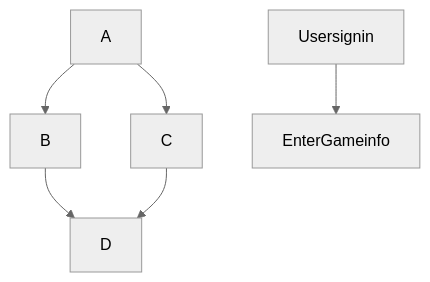
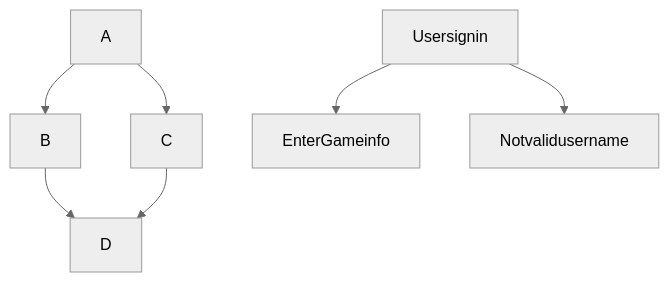
The diagram in README.md (JackHarding88/dfe-project), drawn with Mermaid (neutral theme) before and after one commit.

````diff
--- a/README.md
+++ b/README.md
@@ -3,9 +3,10 @@
 ```mermaid
   graph TD;
       A-->B;
       A-->C;
       B-->D;
       C-->D;
       
        Usersignin-->EnterGameinfo;
+       Usersignin-->Notvalidusername; 
 ```
````
